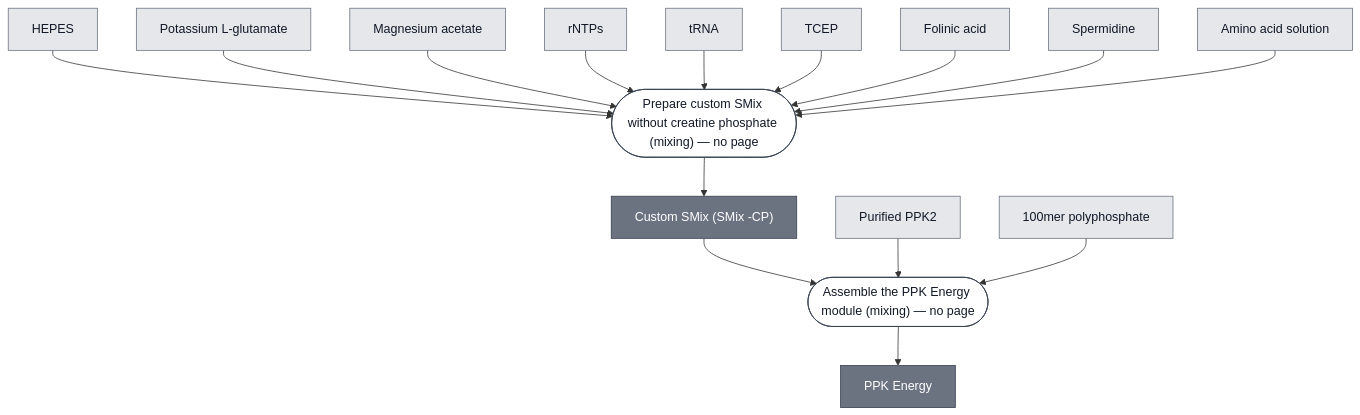
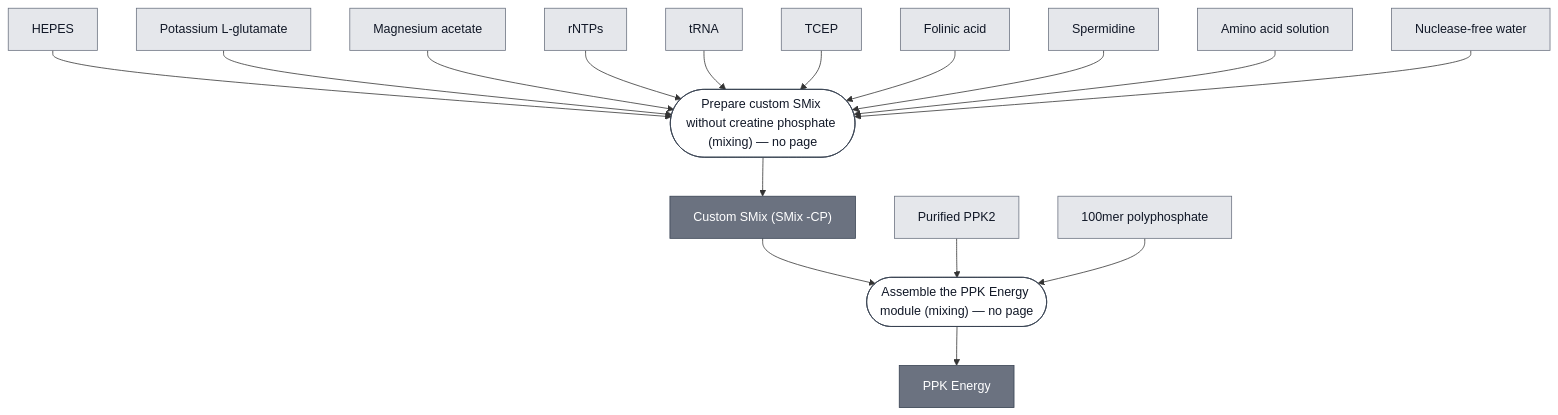
Before and after one commit to nucleus-eng/nucleus-docs: the diagram in docs/modules/energy-ppk/spec.md, drawn with Mermaid. The commit also changed 46 other files, not shown here.

````diff
--- a/docs/modules/energy-ppk/spec.md
+++ b/docs/modules/energy-ppk/spec.md
@@ -29,45 +29,47 @@
 ```mermaid
 flowchart TD
     HEPES["HEPES"]
     POTASSIUM_GLUTAMATE["Potassium L-glutamate"]
     MAGNESIUM_ACETATE["Magnesium acetate"]
     RNTPS["rNTPs"]
     TRNA["tRNA"]
     TCEP["TCEP"]
     FOLINIC_ACID["Folinic acid"]
     SPERMIDINE["Spermidine"]
     AMINO_ACID_SOLUTION["Amino acid solution"]
     PPK2["Purified PPK2"]
     POLYPHOSPHATE_100MER["100mer polyphosphate"]
+    WATER["Nuclease-free water"]
 
     P1_PREPARE_CUSTOM_SMIX_0(["Prepare custom SMix without creatine phosphate (mixing) — no page"])
     SMIX_MINUS_CP["Custom SMix (SMix -CP)"]
     P2_ADD_THE_SUPPLIED_COMPONENTS_0(["Assemble the PPK Energy module (mixing) — no page"])
     ENERGY_PPK["PPK Energy"]
 
     HEPES --> P1_PREPARE_CUSTOM_SMIX_0
     POTASSIUM_GLUTAMATE --> P1_PREPARE_CUSTOM_SMIX_0
     MAGNESIUM_ACETATE --> P1_PREPARE_CUSTOM_SMIX_0
     RNTPS --> P1_PREPARE_CUSTOM_SMIX_0
     TRNA --> P1_PREPARE_CUSTOM_SMIX_0
     TCEP --> P1_PREPARE_CUSTOM_SMIX_0
     FOLINIC_ACID --> P1_PREPARE_CUSTOM_SMIX_0
     SPERMIDINE --> P1_PREPARE_CUSTOM_SMIX_0
     AMINO_ACID_SOLUTION --> P1_PREPARE_CUSTOM_SMIX_0
+    WATER --> P1_PREPARE_CUSTOM_SMIX_0
     P1_PREPARE_CUSTOM_SMIX_0 --> SMIX_MINUS_CP
 
     SMIX_MINUS_CP --> P2_ADD_THE_SUPPLIED_COMPONENTS_0
     PPK2 --> P2_ADD_THE_SUPPLIED_COMPONENTS_0
     POLYPHOSPHATE_100MER --> P2_ADD_THE_SUPPLIED_COMPONENTS_0
     P2_ADD_THE_SUPPLIED_COMPONENTS_0 --> ENERGY_PPK
 
 
     classDef leaf     fill:#e5e7eb,stroke:#6b7280,color:#111827;
     classDef composed fill:#6b7280,stroke:#374151,color:#ffffff;
     classDef process  fill:#ffffff,stroke:#374151,color:#111827;
-    class HEPES,POTASSIUM_GLUTAMATE,MAGNESIUM_ACETATE,RNTPS,TRNA,TCEP,FOLINIC_ACID,SPERMIDINE,AMINO_ACID_SOLUTION,PPK2,POLYPHOSPHATE_100MER leaf;
+    class HEPES,POTASSIUM_GLUTAMATE,MAGNESIUM_ACETATE,RNTPS,TRNA,TCEP,FOLINIC_ACID,SPERMIDINE,AMINO_ACID_SOLUTION,PPK2,POLYPHOSPHATE_100MER,WATER leaf;
     class SMIX_MINUS_CP,ENERGY_PPK composed;
     class P1_PREPARE_CUSTOM_SMIX_0,P2_ADD_THE_SUPPLIED_COMPONENTS_0 process;
 
     click ENERGY_PPK "/docs/modules/energy-ppk/spec"
 ```
````
